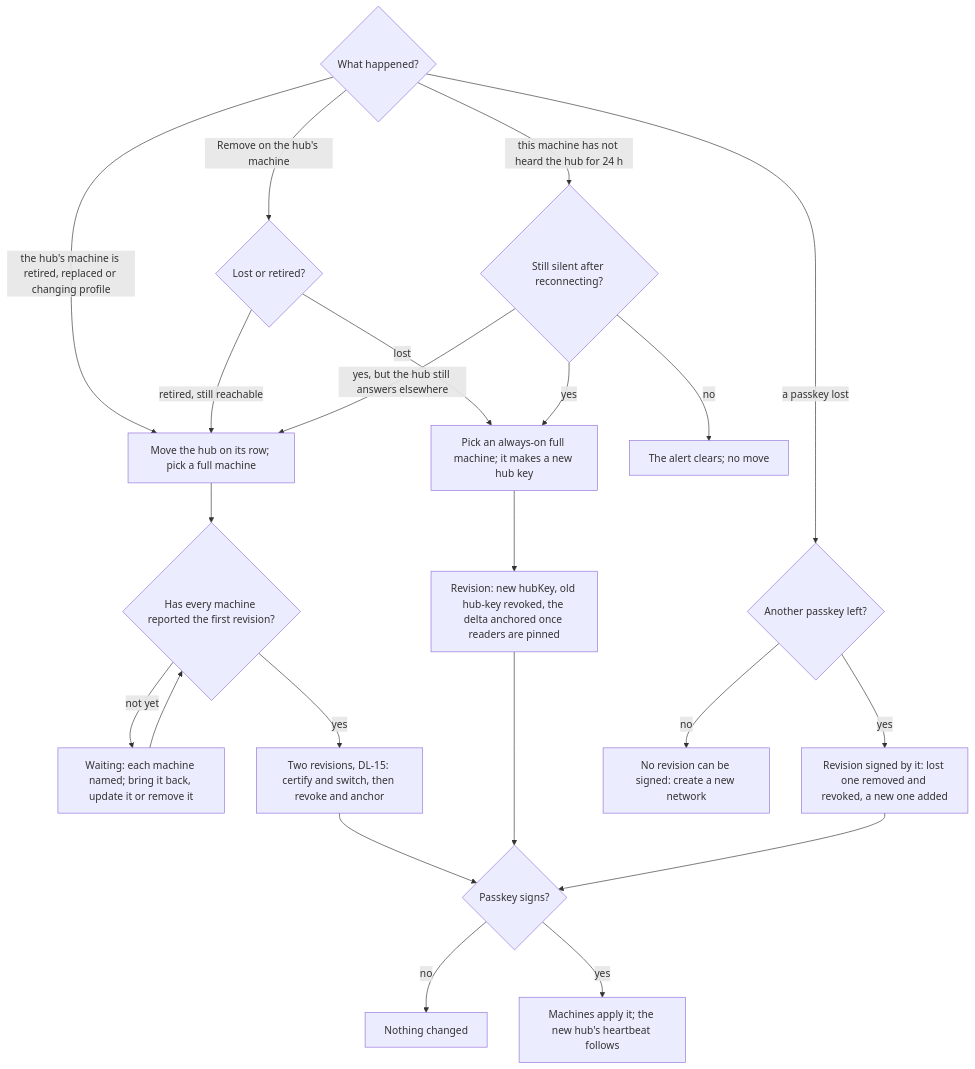
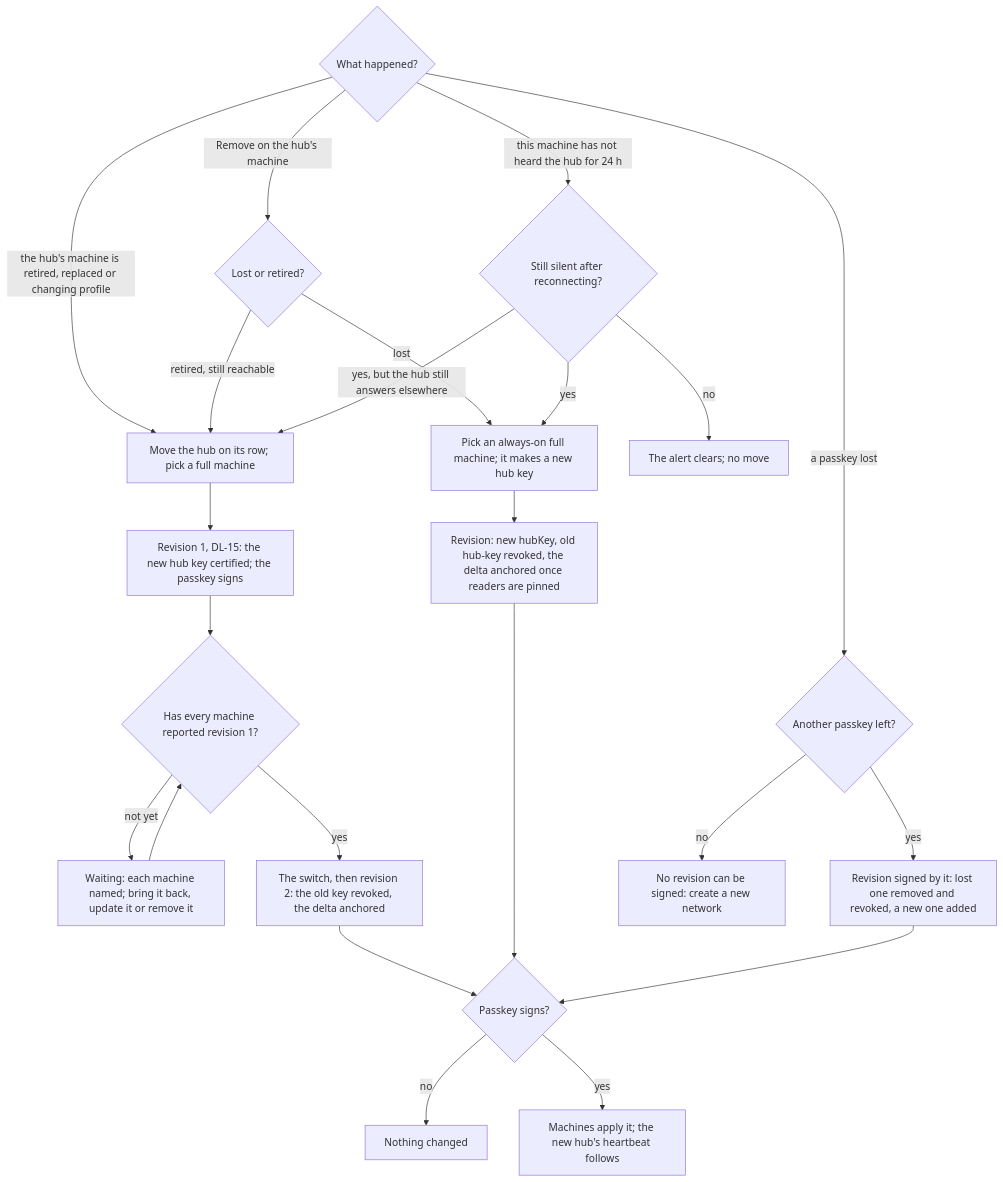
One commit to passioncode-ai/fabric-agent-contract changed diagram 27 of 34 in docs/ux/flows.md. Above: the diagram before and after it, drawn with Mermaid. The commit also changed 10 other files, not shown here.

````diff
--- a/docs/ux/flows.md
+++ b/docs/ux/flows.md
@@ -662,24 +662,25 @@
 ```mermaid
 flowchart TD
   A{What happened?} -->|the hub's machine is retired, replaced or changing profile| L[Move the hub on its row; pick a full machine]
   A -->|Remove on the hub's machine| K{Lost or retired?}
   K -->|retired, still reachable| L
   K -->|lost| M
-  L --> W{Has every machine reported the first revision?}
+  L --> T1[Revision 1, DL-15: the new hub key certified; the passkey signs]
+  T1 --> W{Has every machine reported revision 1?}
   W -->|not yet| V[Waiting: each machine named; bring it back, update it or remove it]
   V --> W
-  W -->|yes| T[Two revisions, DL-15: certify and switch, then revoke and anchor]
+  W -->|yes| T[The switch, then revision 2: the old key revoked, the delta anchored]
   T --> S
   A -->|this machine has not heard the hub for 24 h| C{Still silent after reconnecting?}
   C -->|no| Z[The alert clears; no move]
   C -->|yes, but the hub still answers elsewhere| L
   C -->|yes| M[Pick an always-on full machine; it makes a new hub key]
   M --> R[Revision: new hubKey, old hub-key revoked, the delta anchored once readers are pinned]
   A -->|a passkey lost| P{Another passkey left?}
   P -->|yes| Q[Revision signed by it: lost one removed and revoked, a new one added]
   P -->|no| N[No revision can be signed: create a new network]
   R --> S{Passkey signs?}
   Q --> S
   S -->|no| X[Nothing changed]
   S -->|yes| D[Machines apply it; the new hub's heartbeat follows]
 ```
````
